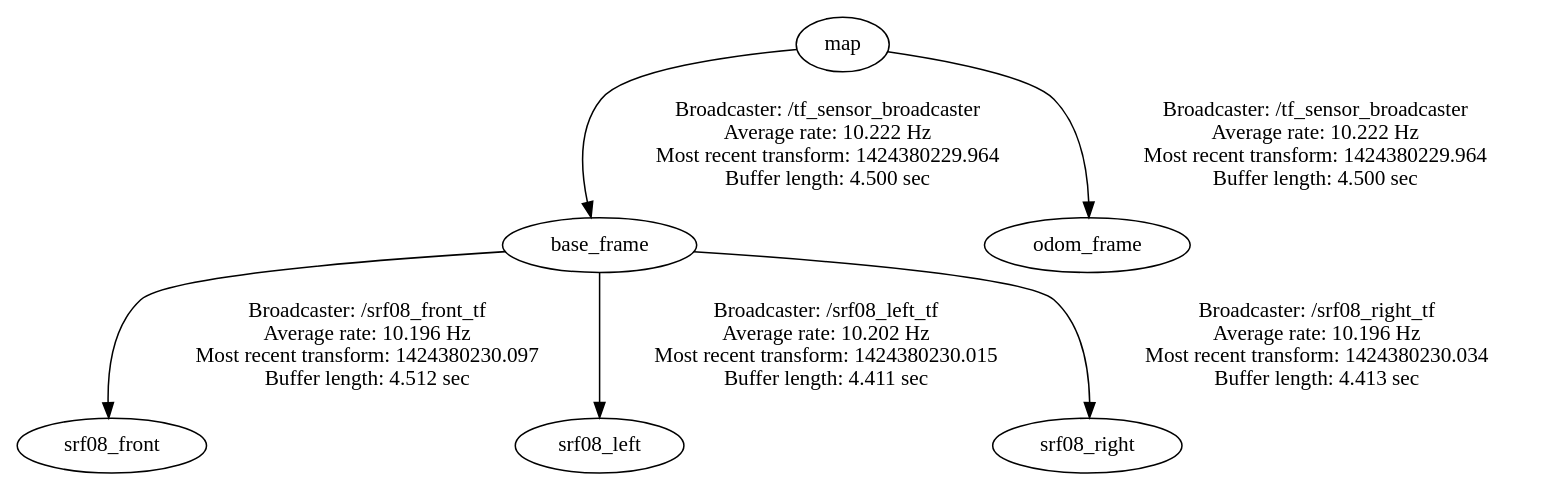
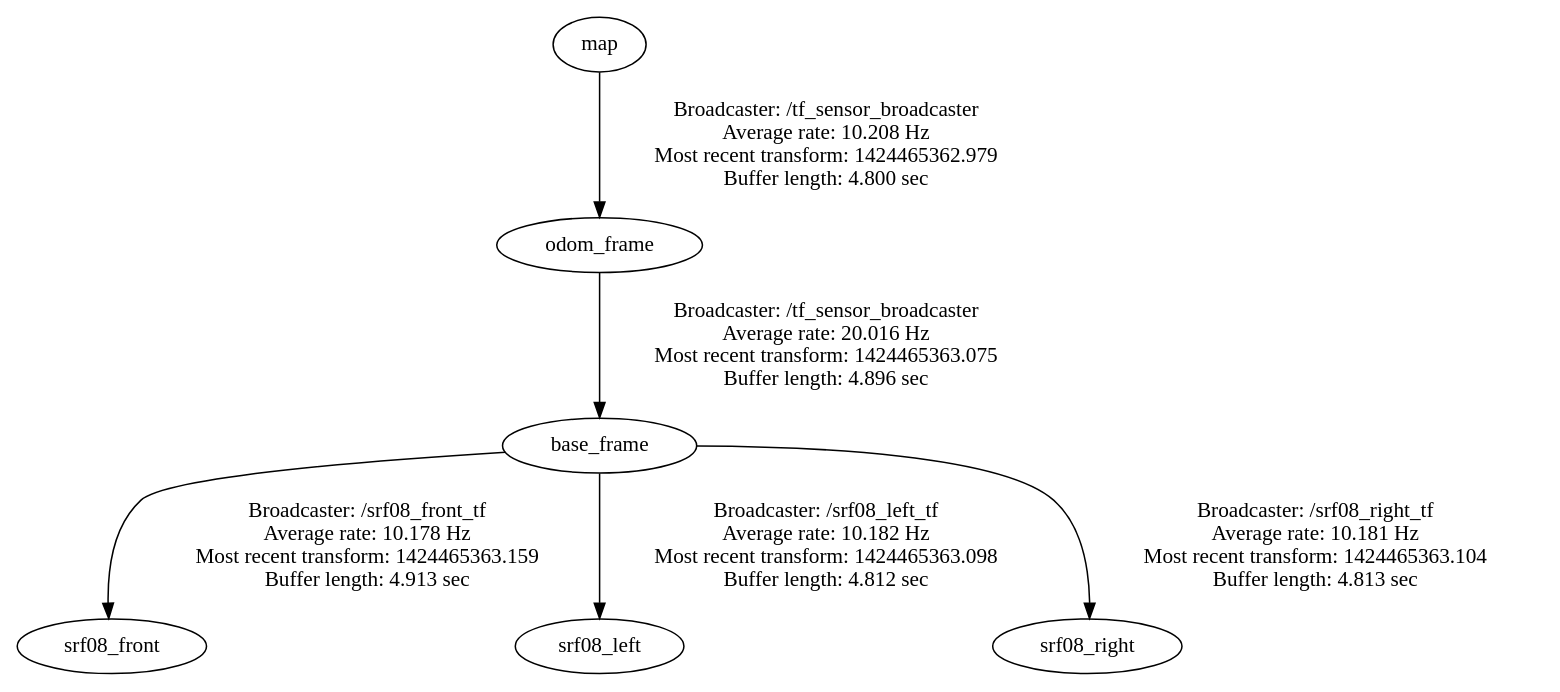
The diagram in frames.gv (nickkw/roshydro), drawn with Graphviz before and after one commit. The commit also changed 8 other files, not shown here.

Commit message:
Got waypoints somewhat working -- now need to test overall system, figure out if odometry is too messed up

```diff
--- a/frames.gv
+++ b/frames.gv
@@ -1,7 +1,7 @@
 digraph G {
-"map" -> "base_frame"[label="Broadcaster: /tf_sensor_broadcaster\nAverage rate: 10.222 Hz\nMost recent transform: 1424380229.964 \nBuffer length: 4.500 sec\n"];
-"map" -> "odom_frame"[label="Broadcaster: /tf_sensor_broadcaster\nAverage rate: 10.222 Hz\nMost recent transform: 1424380229.964 \nBuffer length: 4.500 sec\n"];
-"base_frame" -> "srf08_front"[label="Broadcaster: /srf08_front_tf\nAverage rate: 10.196 Hz\nMost recent transform: 1424380230.097 \nBuffer length: 4.512 sec\n"];
-"base_frame" -> "srf08_left"[label="Broadcaster: /srf08_left_tf\nAverage rate: 10.202 Hz\nMost recent transform: 1424380230.015 \nBuffer length: 4.411 sec\n"];
-"base_frame" -> "srf08_right"[label="Broadcaster: /srf08_right_tf\nAverage rate: 10.196 Hz\nMost recent transform: 1424380230.034 \nBuffer length: 4.413 sec\n"];
+"base_frame" -> "srf08_front"[label="Broadcaster: /srf08_front_tf\nAverage rate: 10.178 Hz\nMost recent transform: 1424465363.159 \nBuffer length: 4.913 sec\n"];
+"odom_frame" -> "base_frame"[label="Broadcaster: /tf_sensor_broadcaster\nAverage rate: 20.016 Hz\nMost recent transform: 1424465363.075 \nBuffer length: 4.896 sec\n"];
+"map" -> "odom_frame"[label="Broadcaster: /tf_sensor_broadcaster\nAverage rate: 10.208 Hz\nMost recent transform: 1424465362.979 \nBuffer length: 4.800 sec\n"];
+"base_frame" -> "srf08_left"[label="Broadcaster: /srf08_left_tf\nAverage rate: 10.182 Hz\nMost recent transform: 1424465363.098 \nBuffer length: 4.812 sec\n"];
+"base_frame" -> "srf08_right"[label="Broadcaster: /srf08_right_tf\nAverage rate: 10.181 Hz\nMost recent transform: 1424465363.104 \nBuffer length: 4.813 sec\n"];
 }
```
